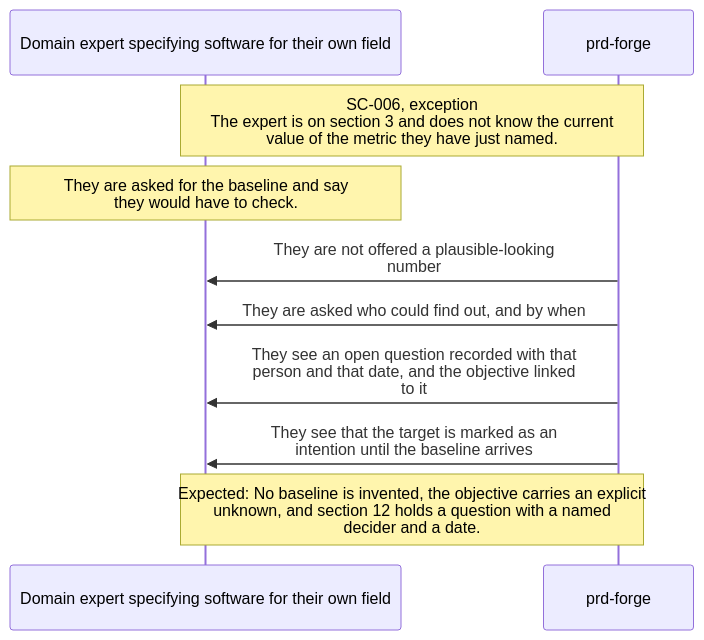
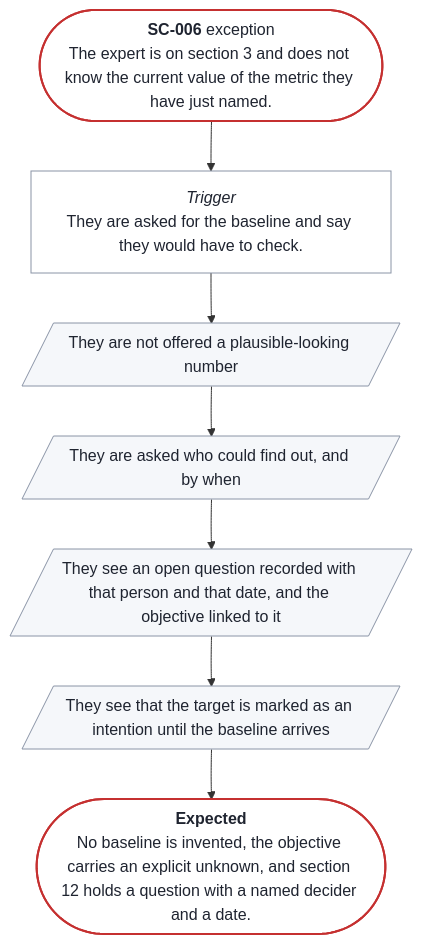
Before and after one commit to SpillwaveSolutions/prd-forge: the diagram in docs/prd/prd-forge/diagrams/SC-006.mmd, drawn with Mermaid. The commit also changed 30 other files, not shown here.

First line of the commit message:
Draw scenarios as flowcharts, and add stage satisfaction and scenario priority

```diff
--- a/docs/prd/prd-forge/diagrams/SC-006.mmd
+++ b/docs/prd/prd-forge/diagrams/SC-006.mmd
@@ -1,11 +1,20 @@
 %% Generated by prd-diagrams.mjs from the scenario front matter. Do not edit.
-sequenceDiagram
-  participant P as Domain expert specifying software for their own field
-  participant S as prd-forge
-  Note over P,S: SC-006, exception<br/>The expert is on section 3 and does not know the current<br/>value of the metric they have just named.
-  Note over P: They are asked for the baseline and say<br/>they would have to check.
-  S->>P: They are not offered a plausible-looking<br/>number
-  S->>P: They are asked who could find out, and by when
-  S->>P: They see an open question recorded with that<br/>person and that date, and the objective linked<br/>to it
-  S->>P: They see that the target is marked as an<br/>intention until the baseline arrives
-  Note over P,S: Expected: No baseline is invented, the objective carries an explicit<br/>unknown, and section 12 holds a question with a named<br/>decider and a date.
+%%{init: {"flowchart": {"wrappingWidth": 300}}}%%
+flowchart TB
+  start(["<b>SC-006</b> exception<br/>The expert is on section 3 and does not know the current value of the metric they have just named."])
+  trigger["<i>Trigger</i><br/>They are asked for the baseline and say they would have to check."]
+  s0[/"They are not offered a plausible-looking number"/]
+  s1[/"They are asked who could find out, and by when"/]
+  s2[/"They see an open question recorded with that person and that date, and the objective linked to it"/]
+  s3[/"They see that the target is marked as an intention until the baseline arrives"/]
+  done(["<b>Expected</b><br/>No baseline is invented, the objective carries an explicit unknown, and section 12 holds a question with a named decider and a date."])
+  start --> trigger --> s0 --> s1 --> s2 --> s3 --> done
+  classDef ends fill:#FFFFFF,stroke:#C53030,stroke-width:2px,color:#1F2430
+  classDef sees fill:#F5F7FA,stroke:#8A94A6,color:#1F2430
+  classDef does fill:#FFFFFF,stroke:#8A94A6,color:#1F2430
+  class start,done ends
+  class s0 sees
+  class s1 sees
+  class s2 sees
+  class s3 sees
+  class trigger does
```
